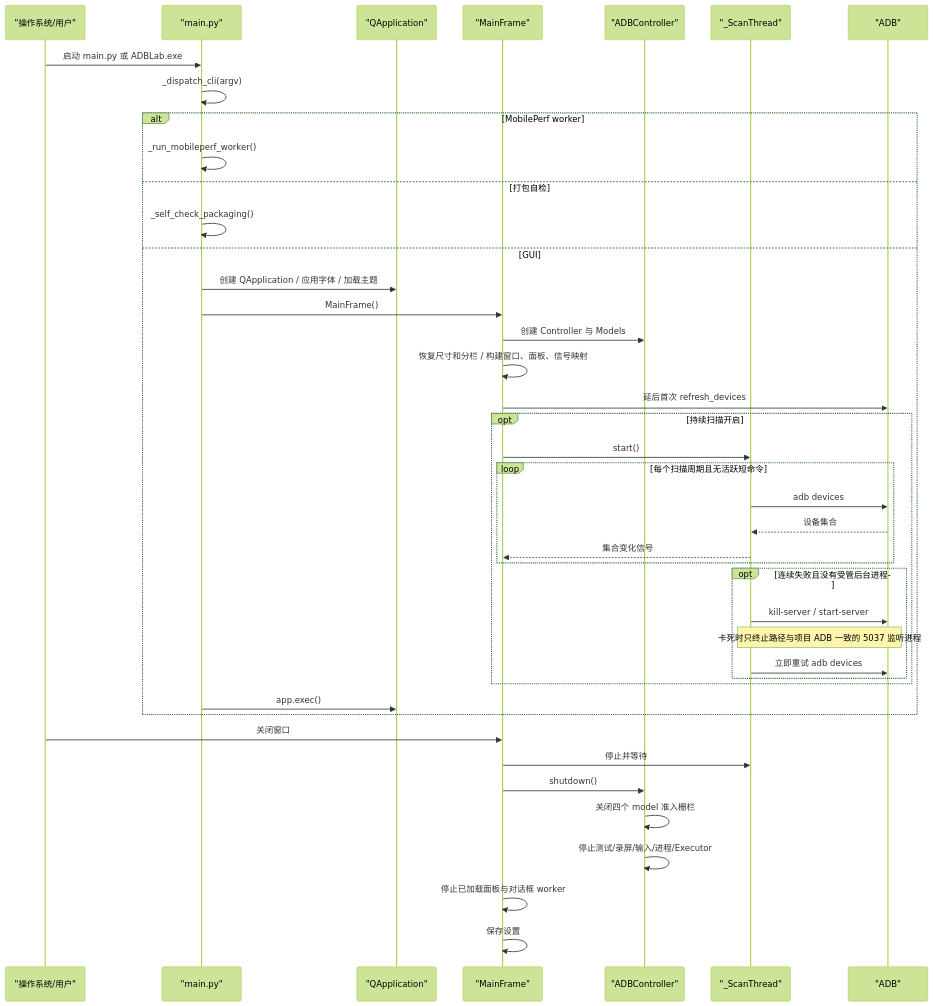
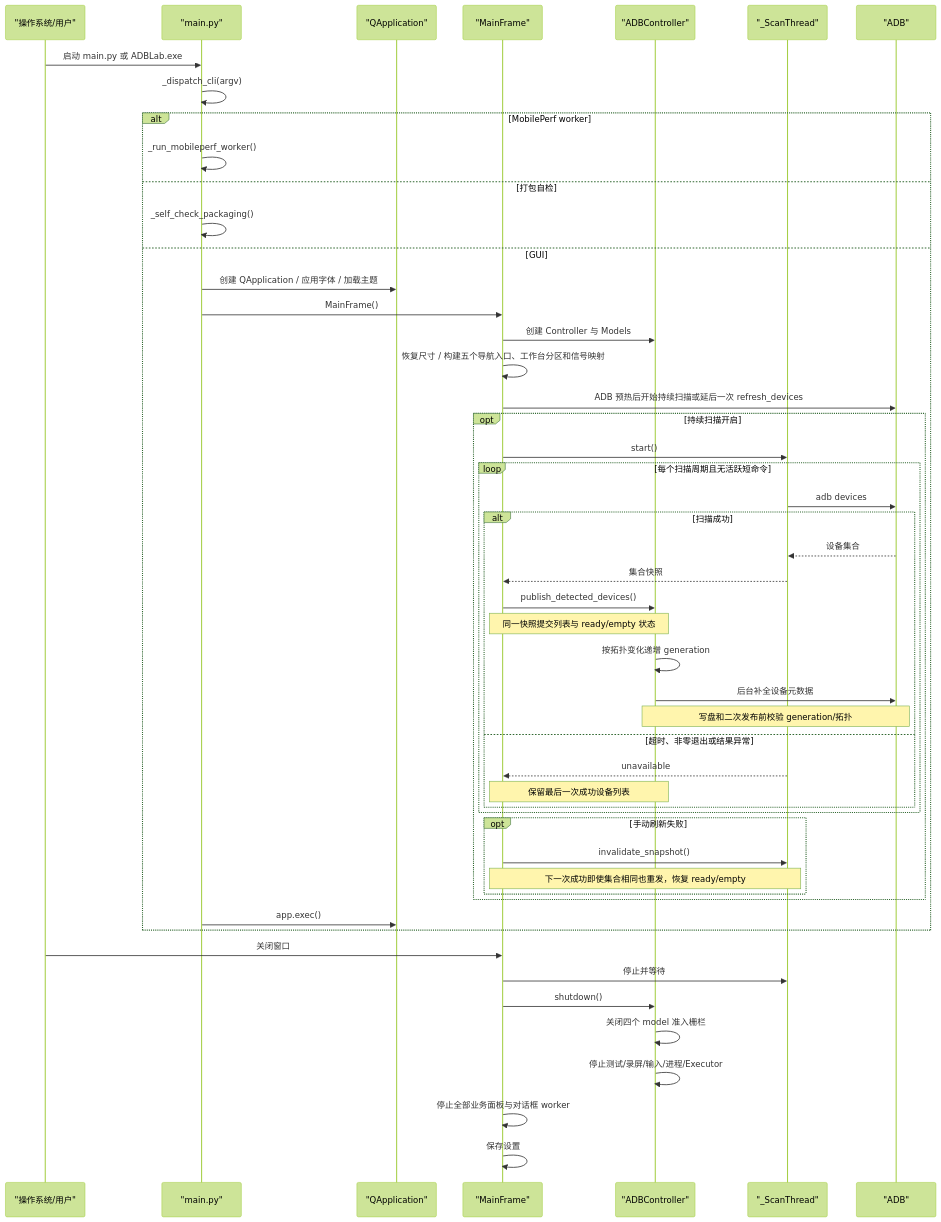
Before and after one commit to BlackHu-art/ADBLab: the second of 2 diagrams in docs/project-knowledge/ARCHITECTURE.md, drawn with Mermaid (forest theme). The commit also changed other lines of this file and 112 other files, not shown here.

````diff
--- a/docs/project-knowledge/ARCHITECTURE.md
+++ b/docs/project-knowledge/ARCHITECTURE.md
@@ -150,45 +156,54 @@
 ```mermaid
 sequenceDiagram
     participant OS as "操作系统/用户"
     participant Main as "main.py"
     participant Qt as "QApplication"
     participant MF as "MainFrame"
     participant C as "ADBController"
     participant Scan as "_ScanThread"
     participant ADB as "ADB"
 
     OS->>Main: 启动 main.py 或 ADBLab.exe
     Main->>Main: _dispatch_cli(argv)
     alt MobilePerf worker
         Main->>Main: _run_mobileperf_worker()
     else 打包自检
         Main->>Main: _self_check_packaging()
     else GUI
         Main->>Qt: 创建 QApplication / 应用字体 / 加载主题
         Main->>MF: MainFrame()
         MF->>C: 创建 Controller 与 Models
-        MF->>MF: 恢复尺寸和分栏 / 构建窗口、面板、信号映射
-        MF->>ADB: 延后首次 refresh_devices
+        MF->>MF: 恢复尺寸 / 构建五个导航入口、工作台分区和信号映射
+        MF->>ADB: ADB 预热后开始持续扫描或延后一次 refresh_devices
         opt 持续扫描开启
             MF->>Scan: start()
             loop 每个扫描周期且无活跃短命令
                 Scan->>ADB: adb devices
-                ADB-->>Scan: 设备集合
-                Scan-->>MF: 集合变化信号
+                alt 扫描成功
+                    ADB-->>Scan: 设备集合
+                    Scan-->>MF: 集合快照
+                    MF->>C: publish_detected_devices()
+                    Note over MF,C: 同一快照提交列表与 ready/empty 状态
+                    C->>C: 按拓扑变化递增 generation
+                    C->>ADB: 后台补全设备元数据
+                    Note over C,ADB: 写盘和二次发布前校验 generation/拓扑
+                else 超时、非零退出或结果异常
+                    Scan-->>MF: unavailable
+                    Note over MF,C: 保留最后一次成功设备列表
+                end
             end
-            opt 连续失败且没有受管后台进程
-                Scan->>ADB: kill-server / start-server
-                Note over Scan,ADB: 卡死时只终止路径与项目 ADB 一致的 5037 监听进程
-                Scan->>ADB: 立即重试 adb devices
+            opt 手动刷新失败
+                MF->>Scan: invalidate_snapshot()
+                Note over MF,Scan: 下一次成功即使集合相同也重发，恢复 ready/empty
             end
         end
         Main->>Qt: app.exec()
     end
     OS->>MF: 关闭窗口
     MF->>Scan: 停止并等待
     MF->>C: shutdown()
     C->>C: 关闭四个 model 准入栅栏
     C->>C: 停止测试/录屏/输入/进程/Executor
-    MF->>MF: 停止已加载面板与对话框 worker
+    MF->>MF: 停止全部业务面板与对话框 worker
     MF->>MF: 保存设置
 ```
````
